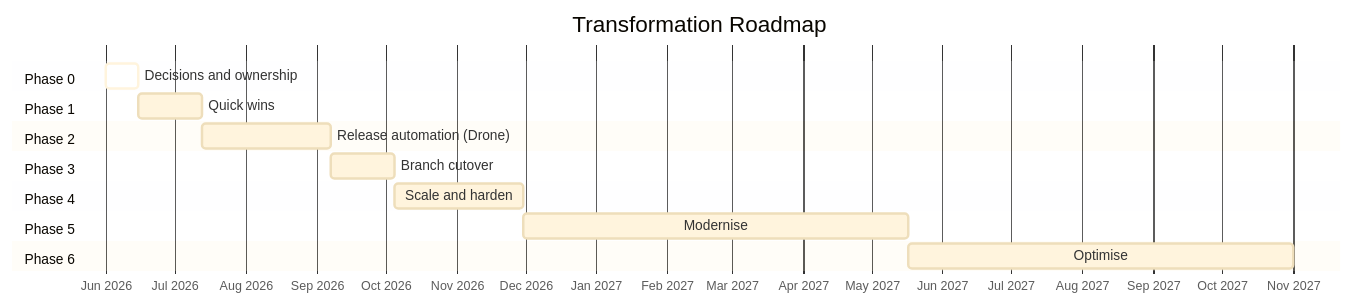
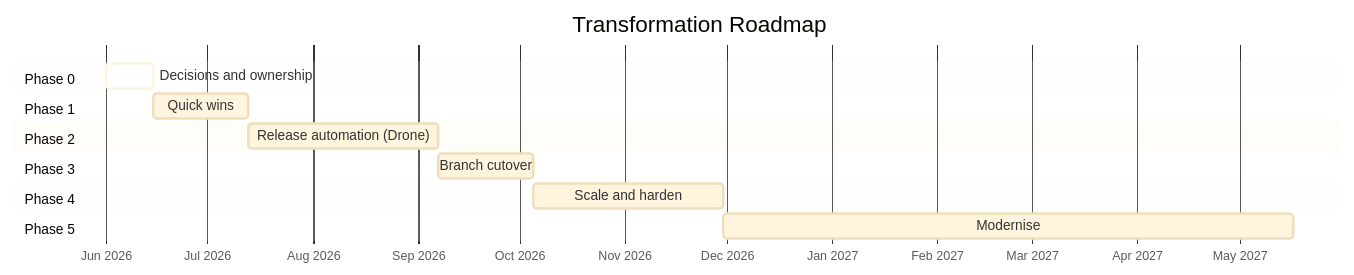
The diagram in docs/transformation-programme-delivery.md (benanaktaspusulait/branching-strategy), drawn with Mermaid before and after one commit. The commit also changed other lines of this file and 9 other files, not shown here.

````diff
--- a/docs/transformation-programme-delivery.md
+++ b/docs/transformation-programme-delivery.md
@@ -22,29 +20,27 @@
 ```mermaid
 %%{init: {'theme': 'base', 'themeVariables': {'lineColor': '#5f6368'}}}%%
 
 gantt
   title Transformation Roadmap
   dateFormat YYYY-MM
   axisFormat %b %Y
 
   section Phase 0
   Decisions and ownership       :active, p0, 2026-06, 2w
 
   section Phase 1
   Quick wins                    :p1, after p0, 4w
 
   section Phase 2
   Release automation (Drone)    :p2, after p1, 8w
 
   section Phase 3
   Branch cutover                :p3, after p2, 4w
 
   section Phase 4
   Scale and harden              :p4, after p3, 8w
 
   section Phase 5
   Modernise                     :p5, after p4, 24w
 
-  section Phase 6
-  Optimise                      :p6, after p5, 24w
 ```
````
